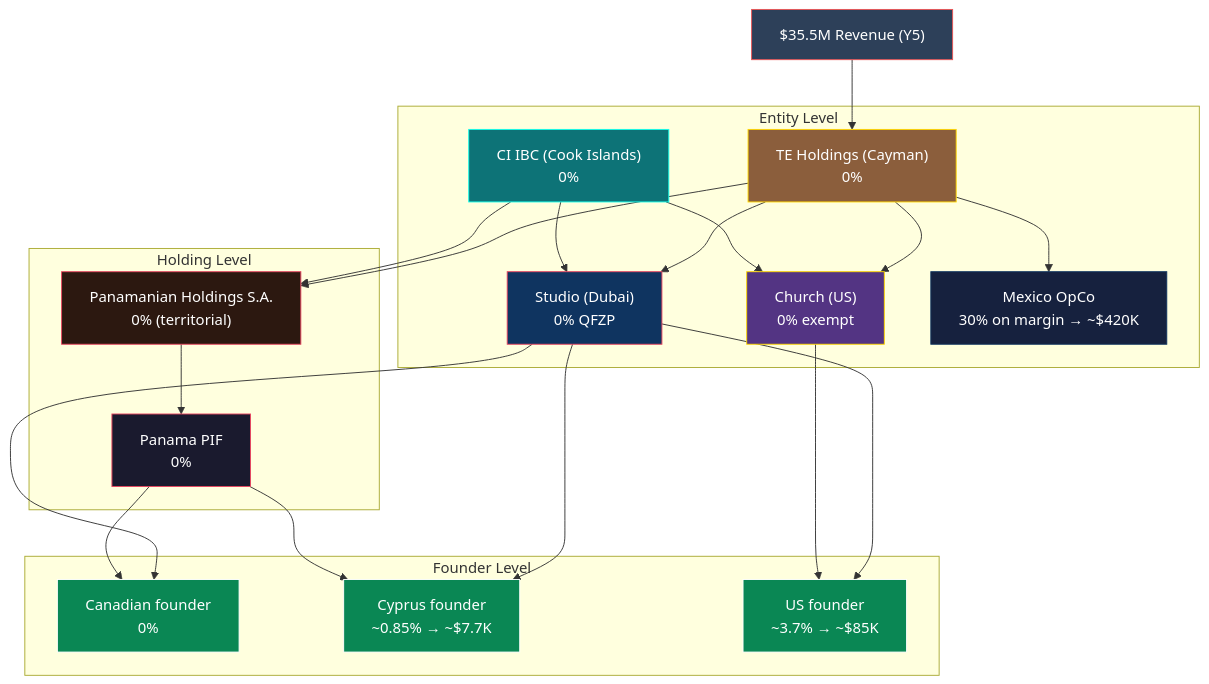
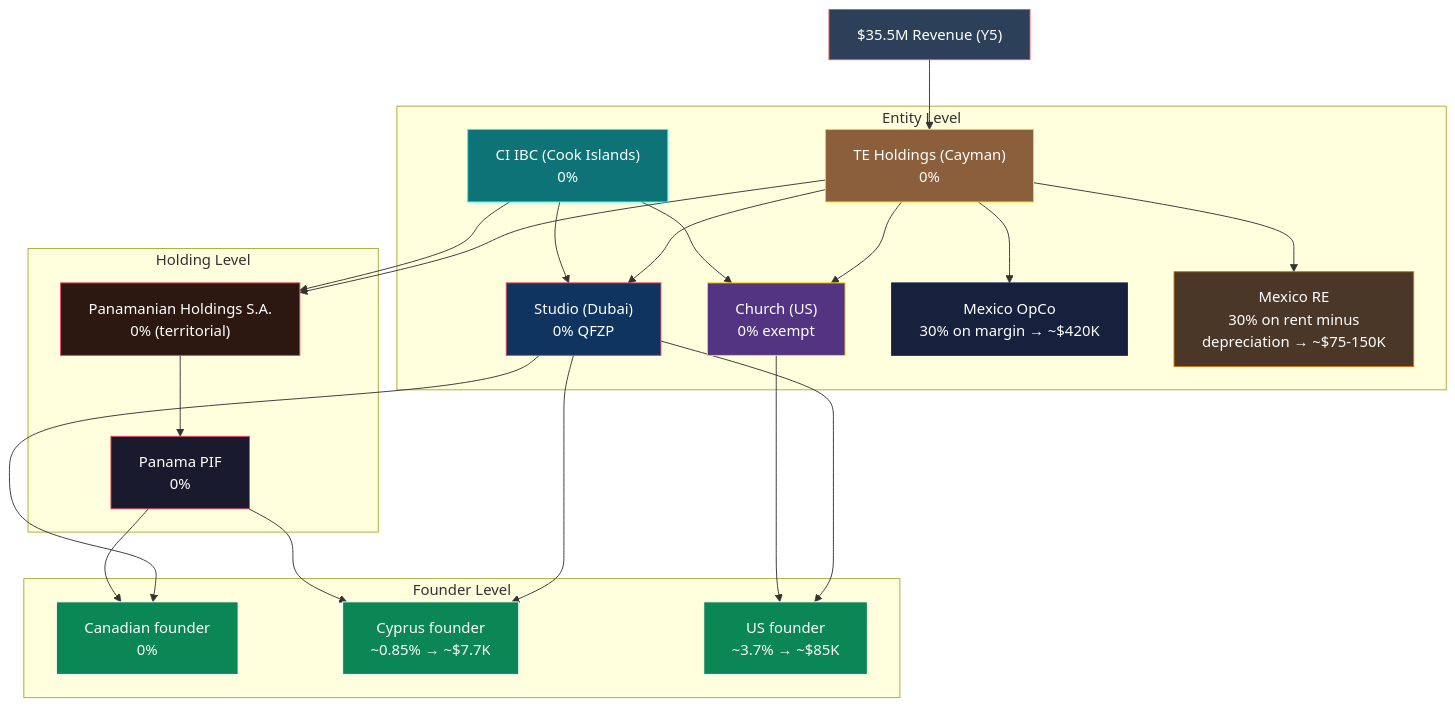
One commit to Light-Brands/epic-center changed diagram 17 of 18 in docs/tax-structure/01-MASTER-STRUCTURE.md. Above: the diagram before and after it, drawn with Mermaid. The commit also changed other lines of this file, not shown here.

First line of the commit message:
Reorder 01-MASTER-STRUCTURE.md for top-down flow

````diff
--- a/docs/tax-structure/01-MASTER-STRUCTURE.md
+++ b/docs/tax-structure/01-MASTER-STRUCTURE.md
@@ -415,52 +545,55 @@
 ```mermaid
 graph TB
     REV["$35.5M Revenue (Y5)"]
 
     subgraph "Entity Level"
         HOLD["TE Holdings (Cayman)<br/>0%"]
         STUD["Studio (Dubai)<br/>0% QFZP"]
         CIBC["CI IBC (Cook Islands)<br/>0%"]
         CHUR["Church (US)<br/>0% exempt"]
         MEXO["Mexico OpCo<br/>30% on margin → ~$420K"]
+        MEXRE["Mexico RE<br/>30% on rent minus<br/>depreciation → ~$75-150K"]
     end
 
     subgraph "Holding Level"
         SAF["Panamanian Holdings S.A.<br/>0% (territorial)"]
         PIFF["Panama PIF<br/>0%"]
     end
 
     subgraph "Founder Level"
         FCA["Canadian founder<br/>0%"]
         FCY["Cyprus founder<br/>~0.85% → ~$7.7K"]
         FUS["US founder<br/>~3.7% → ~$85K"]
     end
 
     REV --> HOLD
     HOLD --> STUD
     HOLD --> MEXO
+    HOLD --> MEXRE
     HOLD --> CHUR
     CIBC --> STUD
     CIBC --> CHUR
 
     HOLD --> SAF
     CIBC --> SAF
     SAF --> PIFF
     STUD --> FUS
     STUD --> FCA
     STUD --> FCY
     CHUR --> FUS
     PIFF --> FCA
     PIFF --> FCY
 
     style REV fill:#2d4059,stroke:#ea5455,color:#fff
     style HOLD fill:#8b5e3c,stroke:#ffd700,color:#fff
     style STUD fill:#0f3460,stroke:#e94560,color:#fff
     style CIBC fill:#0d7377,stroke:#14ffec,color:#fff
     style CHUR fill:#533483,stroke:#ffd700,color:#fff
     style MEXO fill:#16213e,stroke:#0f3460,color:#fff
+    style MEXRE fill:#4a3728,stroke:#c9770a,color:#fff
     style SAF fill:#2c1810,stroke:#e94560,color:#fff
     style PIFF fill:#1a1a2e,stroke:#e94560,color:#fff
     style FCA fill:#0a8754,stroke:#fff,color:#fff
     style FCY fill:#0a8754,stroke:#fff,color:#fff
     style FUS fill:#0a8754,stroke:#fff,color:#fff
 ```
````
